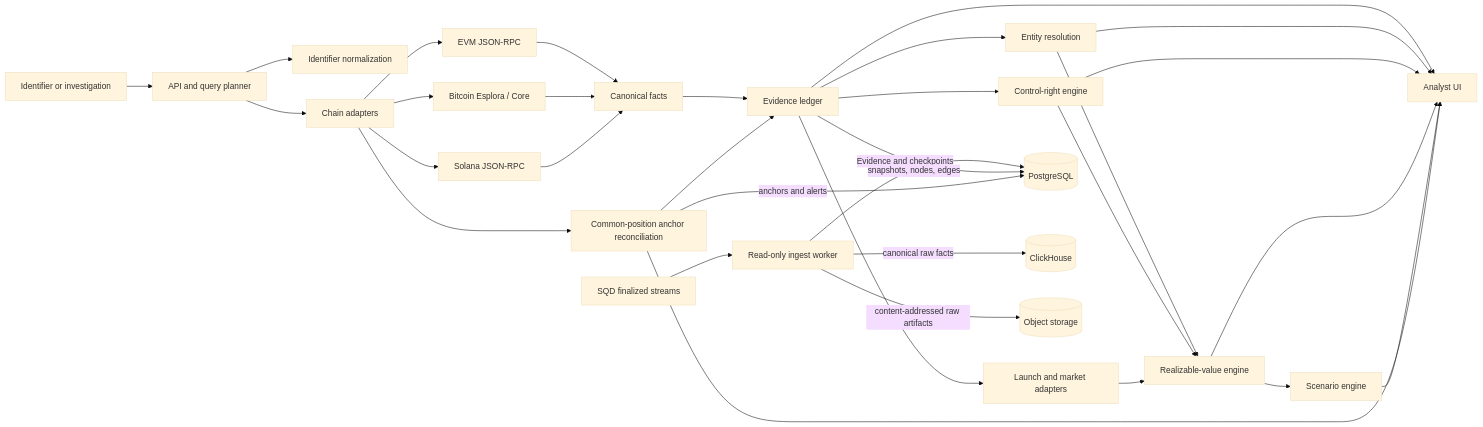
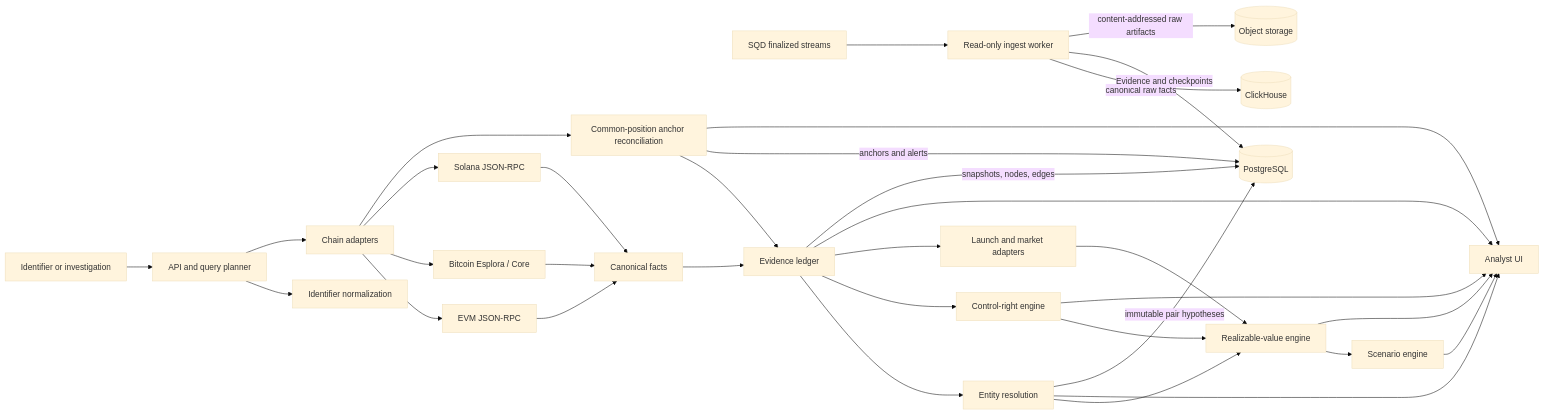
Before and after one commit to greywolf8888/ZeroTrace: the diagram in README.md, drawn with Mermaid (base theme). The commit also changed other lines of this file and 24 other files, not shown here.

````diff
--- a/README.md
+++ b/README.md
@@ -166,37 +170,38 @@
 ```mermaid
 flowchart LR
   Q["Identifier or investigation"] --> G["API and query planner"]
   G --> I["Identifier normalization"]
   G --> C["Chain adapters"]
   C --> EVM["EVM JSON-RPC"]
   C --> BTC["Bitcoin Esplora / Core"]
   C --> SOL["Solana JSON-RPC"]
   C --> DQ["Common-position anchor reconciliation"]
   SQD["SQD finalized streams"] --> W["Read-only ingest worker"]
   EVM --> F["Canonical facts"]
   BTC --> F
   SOL --> F
   F --> EV["Evidence ledger"]
   DQ --> EV
   EV --> ER["Entity resolution"]
   EV --> CR["Control-right engine"]
   EV --> LM["Launch and market adapters"]
   ER --> RV["Realizable-value engine"]
   CR --> RV
   LM --> RV
   RV --> SC["Scenario engine"]
   EV --> UI["Analyst UI"]
   ER --> UI
   CR --> UI
   RV --> UI
   SC --> UI
   DB[("PostgreSQL")]
   CH[("ClickHouse")]
   OBJ[("Object storage")]
   W -->|"canonical raw facts"| CH
   W -->|"Evidence and checkpoints"| DB
   W -->|"content-addressed raw artifacts"| OBJ
   EV -->|"snapshots, nodes, edges"| DB
+  ER -->|"immutable pair hypotheses"| DB
   DQ -->|"anchors and alerts"| DB
   DQ --> UI
 ```
````
